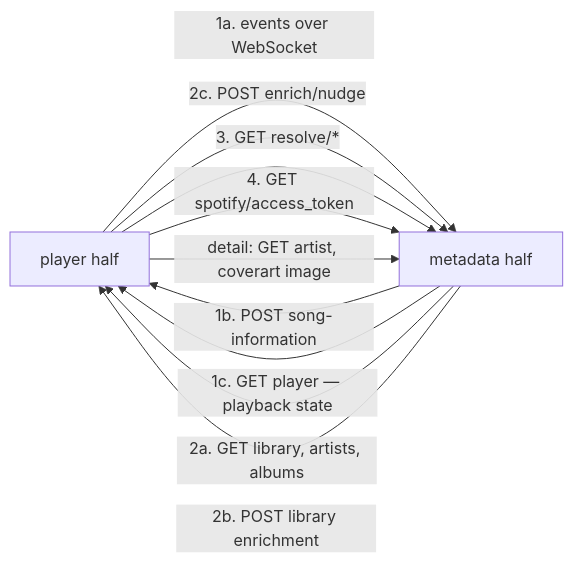
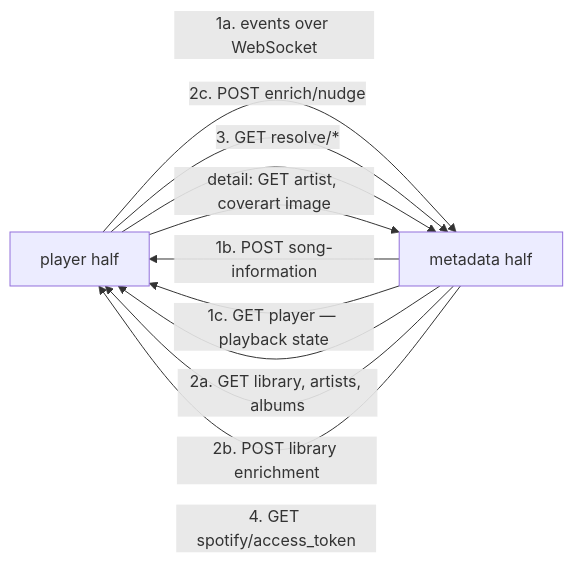
The second of 8 diagrams in doc/communications.md (hifiberry/acr), drawn with Mermaid before and after one commit. The commit also changed other lines of this file and 24 other files, not shown here.

````diff
--- a/doc/communications.md
+++ b/doc/communications.md
@@ -188,15 +188,15 @@
 ```mermaid
 graph LR
     P["player half"]
     M["metadata half"]
 
     P -->|"1a. events over WebSocket"| M
     M -->|"1b. POST song-information"| P
     M -->|"1c. GET player — playback state"| P
     M -->|"2a. GET library, artists, albums"| P
     M -->|"2b. POST library enrichment"| P
     P -->|"2c. POST enrich/nudge"| M
     P -->|"3. GET resolve/*"| M
-    P -->|"4. GET spotify/access_token"| M
+    M -->|"4. GET spotify/access_token"| P
     P -->|"detail: GET artist, coverart image"| M
 ```
````
